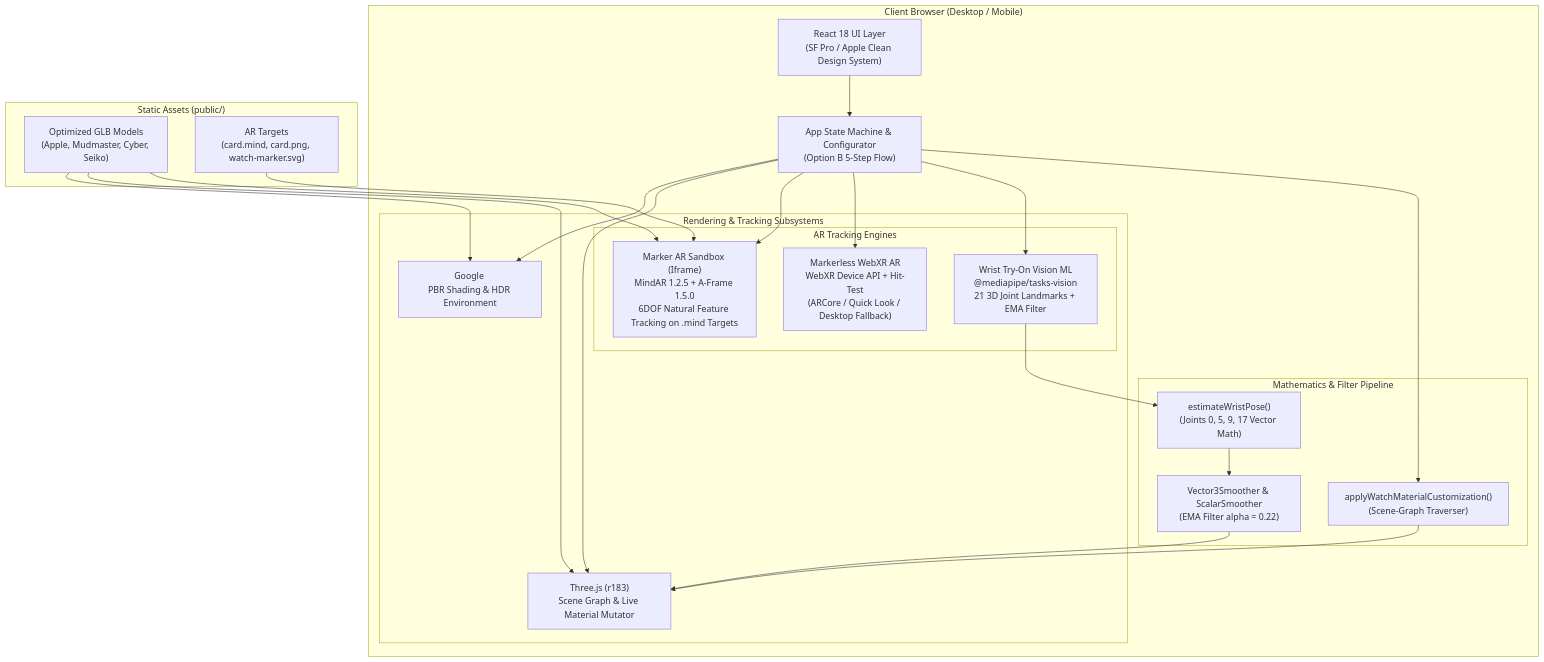
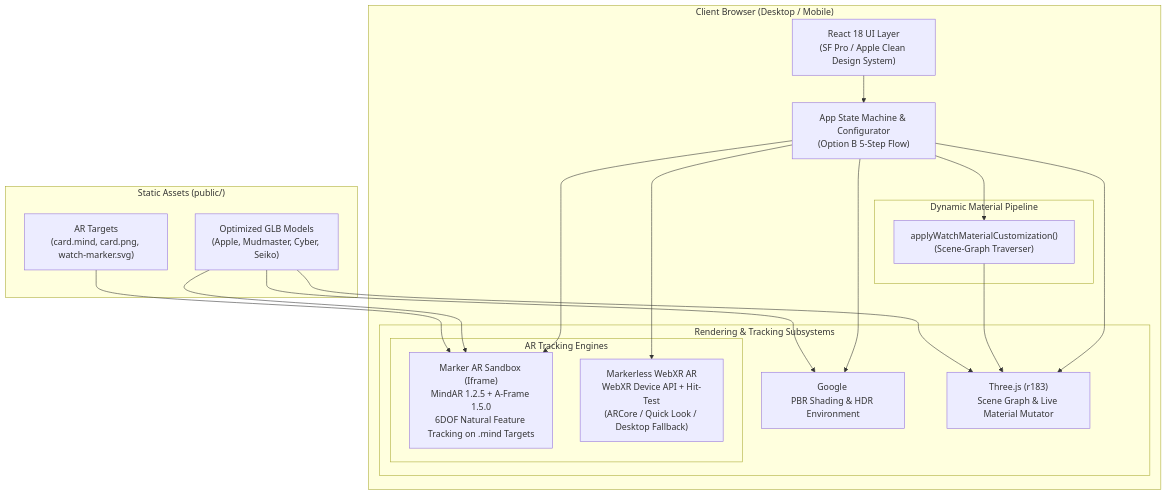
One commit to dhanitha0725/ar-watch-shop changed the first of 3 diagrams in architecture.md. Above: the diagram before and after it, drawn with Mermaid. The commit also changed other lines of this file and 22 other files, not shown here.

Commit message:
remove wrist try on

````diff
--- a/architecture.md
+++ b/architecture.md
@@ -18,44 +17,39 @@
 ```mermaid
 flowchart TD
     subgraph Client ["Client Browser (Desktop / Mobile)"]
         UI["React 18 UI Layer<br/>(SF Pro / Apple Clean Design System)"]
         StateMgr["App State Machine & Configurator<br/>(Option B 5-Step Flow)"]
         
         subgraph Subsystems ["Rendering & Tracking Subsystems"]
             MV["Google <model-viewer><br/>PBR Shading & HDR Environment"]
             ThreeCore["Three.js (r183)<br/>Scene Graph & Live Material Mutator"]
             
             subgraph ARModes ["AR Tracking Engines"]
                 MindAR["Marker AR Sandbox (Iframe)<br/>MindAR 1.2.5 + A-Frame 1.5.0<br/>6DOF Natural Feature Tracking on .mind Targets"]
                 WebXR["Markerless WebXR AR<br/>WebXR Device API + Hit-Test<br/>(ARCore / Quick Look / Desktop Fallback)"]
-                MediaPipe["Wrist Try-On Vision ML<br/>@mediapipe/tasks-vision<br/>21 3D Joint Landmarks + EMA Filter"]
             end
         end
         
-        subgraph MathUtils ["Mathematics & Filter Pipeline"]
-            EMA["Vector3Smoother & ScalarSmoother<br/>(EMA Filter alpha = 0.22)"]
-            PoseEst["estimateWristPose()<br/>(Joints 0, 5, 9, 17 Vector Math)"]
+        subgraph MutatorPipeline ["Dynamic Material Pipeline"]
             MatMut["applyWatchMaterialCustomization()<br/>(Scene-Graph Traverser)"]
         end
     end
 
     subgraph Assets ["Static Assets (public/)"]
         GLB["Optimized GLB Models<br/>(Apple, Mudmaster, Cyber, Seiko)"]
         Markers["AR Targets<br/>(card.mind, card.png, watch-marker.svg)"]
     end
 
     UI --> StateMgr
     StateMgr --> MV
     StateMgr --> ThreeCore
     StateMgr --> MindAR
     StateMgr --> WebXR
-    StateMgr --> MediaPipe
     
-    MediaPipe --> PoseEst --> EMA --> ThreeCore
     StateMgr --> MatMut --> ThreeCore
     
     GLB --> MV
     GLB --> ThreeCore
     GLB --> MindAR
     Markers --> MindAR
 ```
````
